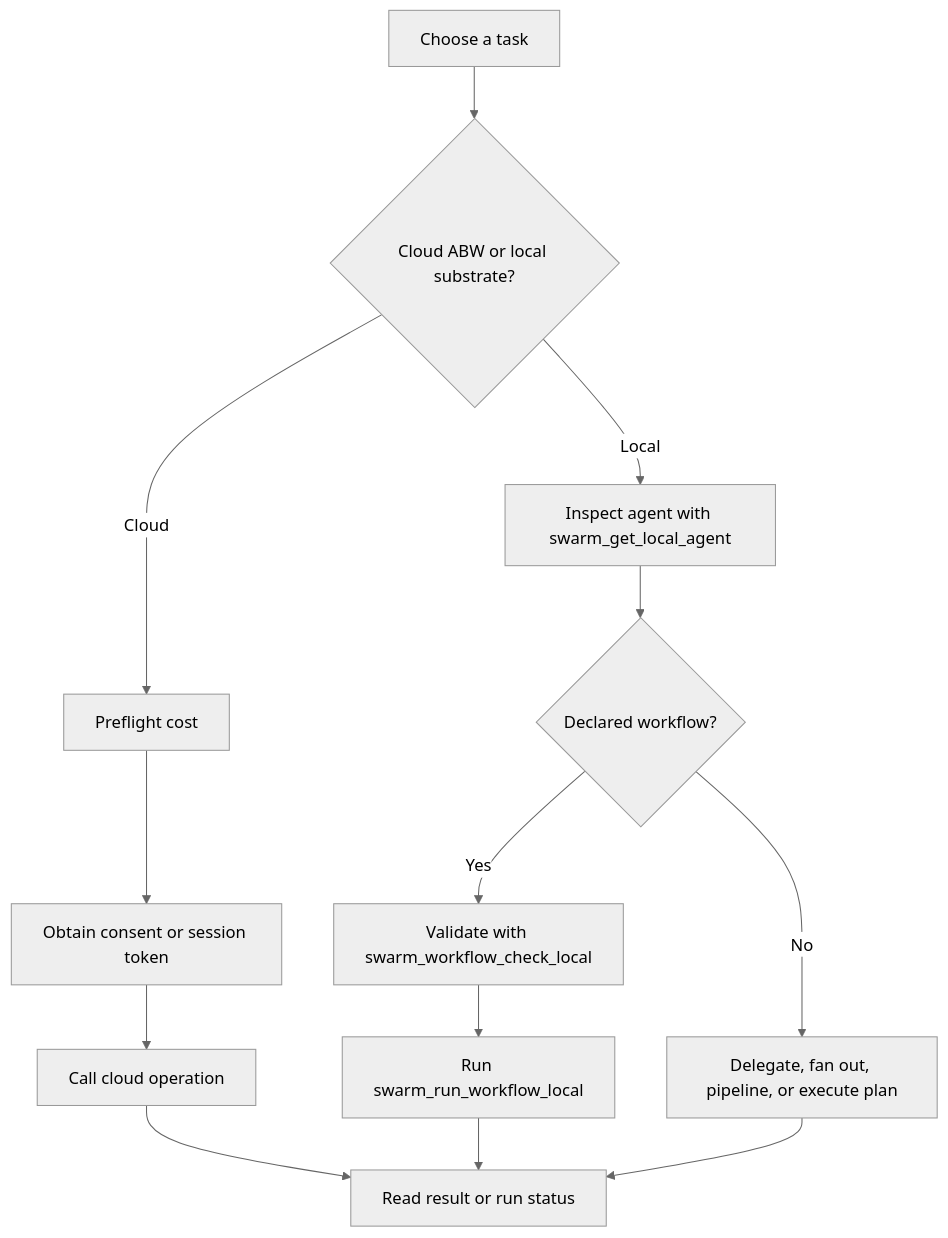
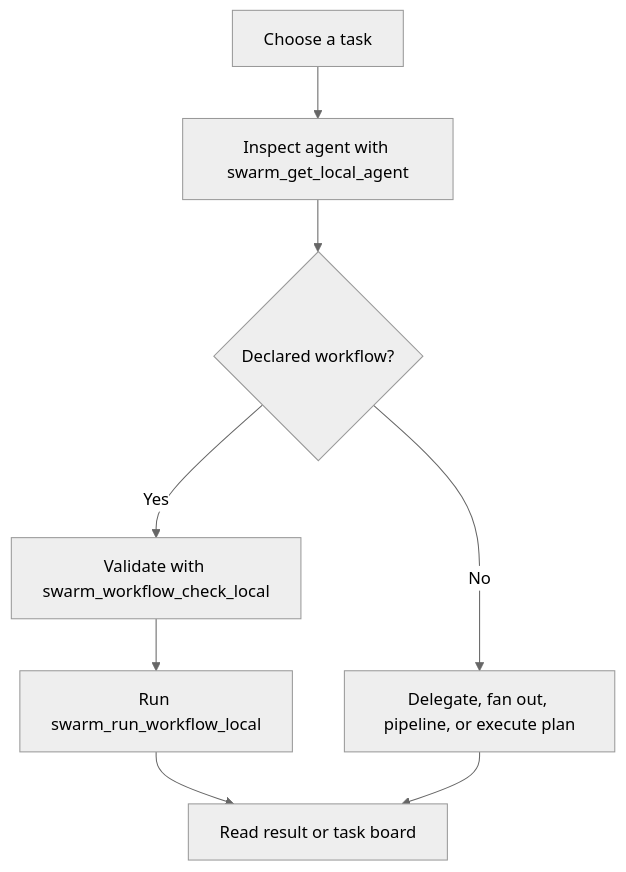
The second of 2 diagrams in kask/docs/diataxis/swarm_system/reference.md (mdz-axo/zed-kask), drawn with Mermaid (neutral theme) before and after one commit. The commit also changed other lines of this file and 31 other files, not shown here.

First line of the commit message:
Remove remaining ABW cloud references

````diff
--- a/kask/docs/diataxis/swarm_system/reference.md
+++ b/kask/docs/diataxis/swarm_system/reference.md
@@ -194,15 +165,10 @@
 ```mermaid
 flowchart TD
-    A[Choose a task] --> B{Cloud ABW or local substrate?}
-    B -->|Cloud| C[Preflight cost]
-    C --> D[Obtain consent or session token]
-    D --> E[Call cloud operation]
-    B -->|Local| F[Inspect agent with swarm_get_local_agent]
+    A[Choose a task] --> F[Inspect agent with swarm_get_local_agent]
     F --> G{Declared workflow?}
     G -->|Yes| H[Validate with swarm_workflow_check_local]
     H --> I[Run swarm_run_workflow_local]
     G -->|No| J[Delegate, fan out, pipeline, or execute plan]
-    E --> K[Read result or run status]
-    I --> K
+    I --> K[Read result or task board]
     J --> K
 ```
````
